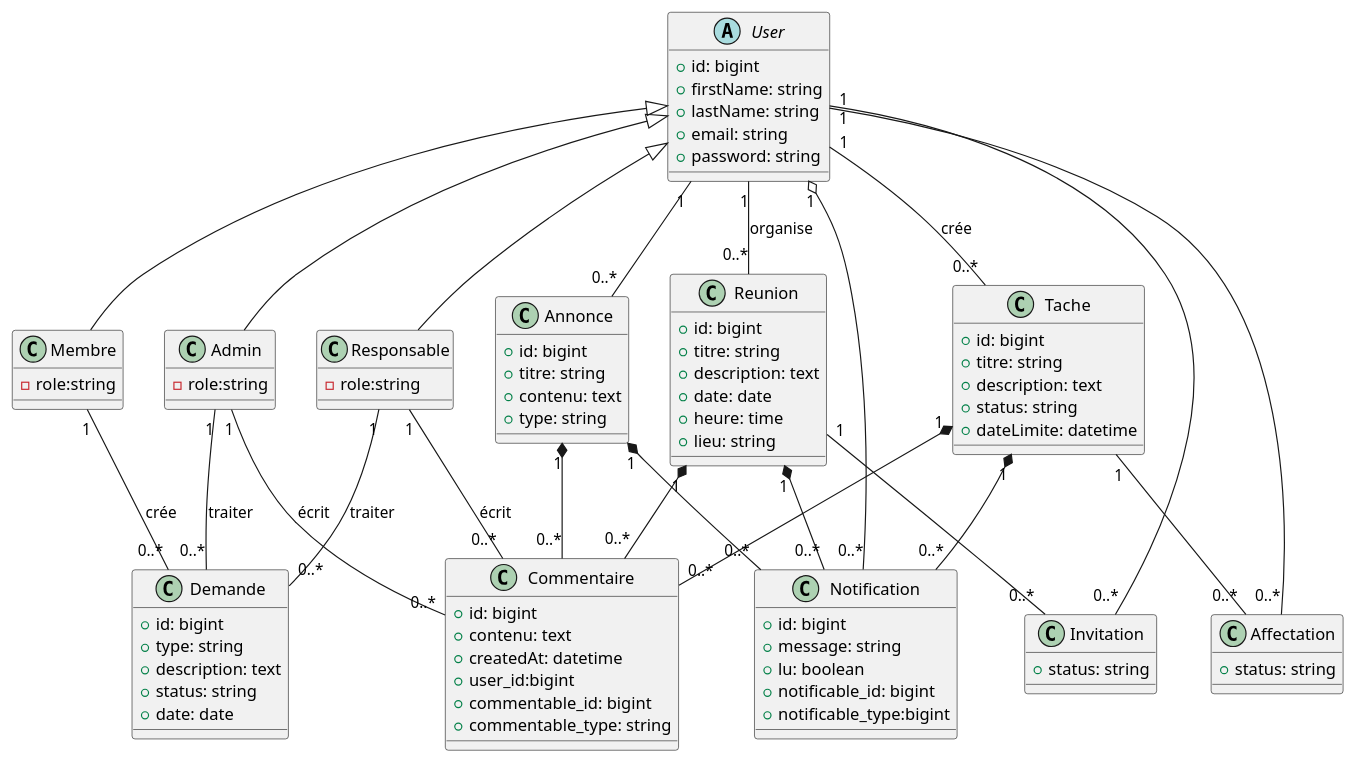
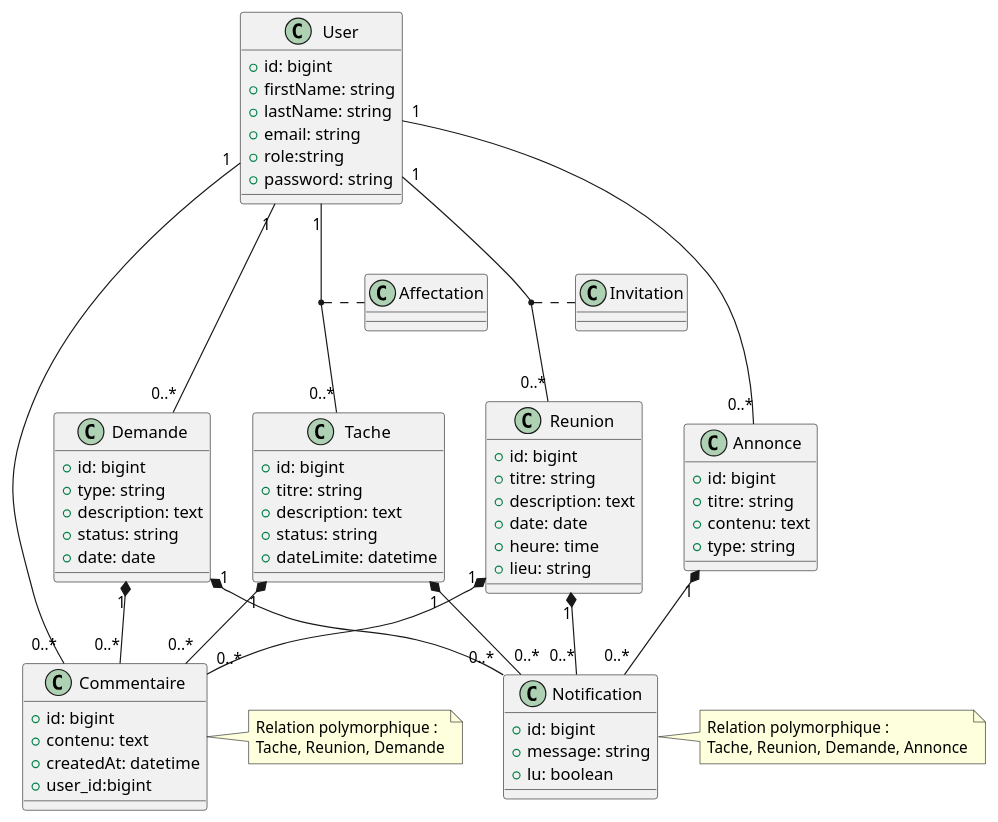
Before and after one commit to Yassinenmila/TeamBoard: the diagram in diagrame/ClassCase.puml, drawn with PlantUML.

Commit message:
add the last touches

```diff
--- a/diagrame/ClassCase.puml
+++ b/diagrame/ClassCase.puml
@@ -1,125 +1,104 @@
 @startuml
 
 'class abstraite
-abstract class User {
+class User {
   +id: bigint
   +firstName: string
   +lastName: string
   +email: string
+  +role:string
   +password: string
 }
-
-' heritage 
-
-class Admin {
-  - role:string
-}
-
-class Responsable {
-  - role:string
-}
-
-class Membre {
-  - role:string
-}
-
-User <|-- Admin
-User <|-- Responsable
-User <|-- Membre
 
 ' les class
 
 class Annonce {
   +id: bigint
   +titre: string
   +contenu: text
   +type: string
 }
 
 class Demande {
   +id: bigint
   +type: string
   +description: text
   +status: string
   +date: date
 }
 
 class Tache {
   +id: bigint
   +titre: string
   +description: text
   +status: string
   +dateLimite: datetime
 }
 
 class Reunion {
   +id: bigint
   +titre: string
   +description: text
   +date: date
   +heure: time
   +lieu: string
 }
 
 class Commentaire {
   +id: bigint
   +contenu: text
   +createdAt: datetime
   +user_id:bigint
-  +commentable_id: bigint
-  +commentable_type: string
 }
+note right of Commentaire
+Relation polymorphique :
+Tache, Reunion, Demande
+end note
 
 class Notification {
   +id: bigint
   +message: string
   +lu: boolean
-  +notificable_id: bigint
-  +notificable_type:bigint
 }
+note right of Notification
+Relation polymorphique :
+Tache, Reunion, Demande, Annonce
+end note
+
 
 'tableau piveau
 
 class Affectation {
-  +status: string
+  
 }
 
 class Invitation {
-  +status: string
+  
 }
 
 ' user relations
 
 User "1" -- "0..*" Annonce 
-User "1" -- "0..*" Tache : crée
-User "1" -- "0..*" Reunion : organise
-Admin "1" -- "0..*" Commentaire : écrit
-Responsable "1" -- "0..*" Commentaire : écrit
-
-Membre "1" -- "0..*" Demande : crée
-Responsable "1" -- "0..*" Demande : traiter
-Admin "1" -- "0..*" Demande : traiter
+User "1" -- "0..*" Tache 
+User "1" -- "0..*" Reunion 
+User "1" -- "0..*" Commentaire 
+User "1" -- "0..*" Demande 
 
 ' many to many
 
-User "1" -- "0..*" Affectation
-Tache "1" -- "0..*" Affectation
-
-User "1" -- "0..*" Invitation
-Reunion "1" -- "0..*" Invitation
+(User,Tache) .. Affectation
+(User, Reunion) .. Invitation
 
 'la composition
 
-Annonce "1" *-- "0..*" Commentaire
+Demande "1" *-- "0..*" Commentaire
 Tache "1" *-- "0..*" Commentaire
 Reunion "1" *-- "0..*" Commentaire
+
+
 Tache "1" *-- "0..*" Notification
 Reunion "1" *-- "0..*" Notification
 Annonce "1" *-- "0..*" Notification
-
-
-' agregation
-
-User "1" o-- "0..*" Notification
+Demande "1" *-- "0..*" Notification
 
 @enduml
```
